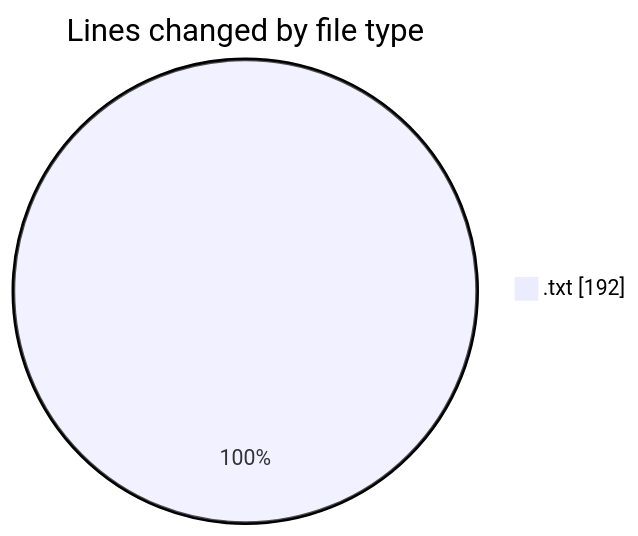
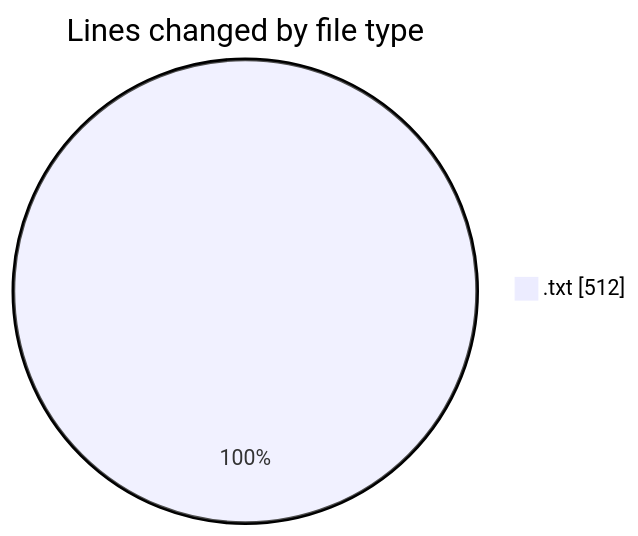
Before and after one commit to lephambinh05/code-tracking: the first of 2 diagrams in 2025-07-30/csdl/README.md, drawn with Mermaid. The commit also changed other lines of this file and 1 other file, not shown here.

````diff
--- a/2025-07-30/csdl/README.md
+++ b/2025-07-30/csdl/README.md
@@ -20,5 +21,5 @@
 ```mermaid
 pie showData
 title Lines changed by file type
-".txt" : 192
+".txt" : 512
 ```
````
